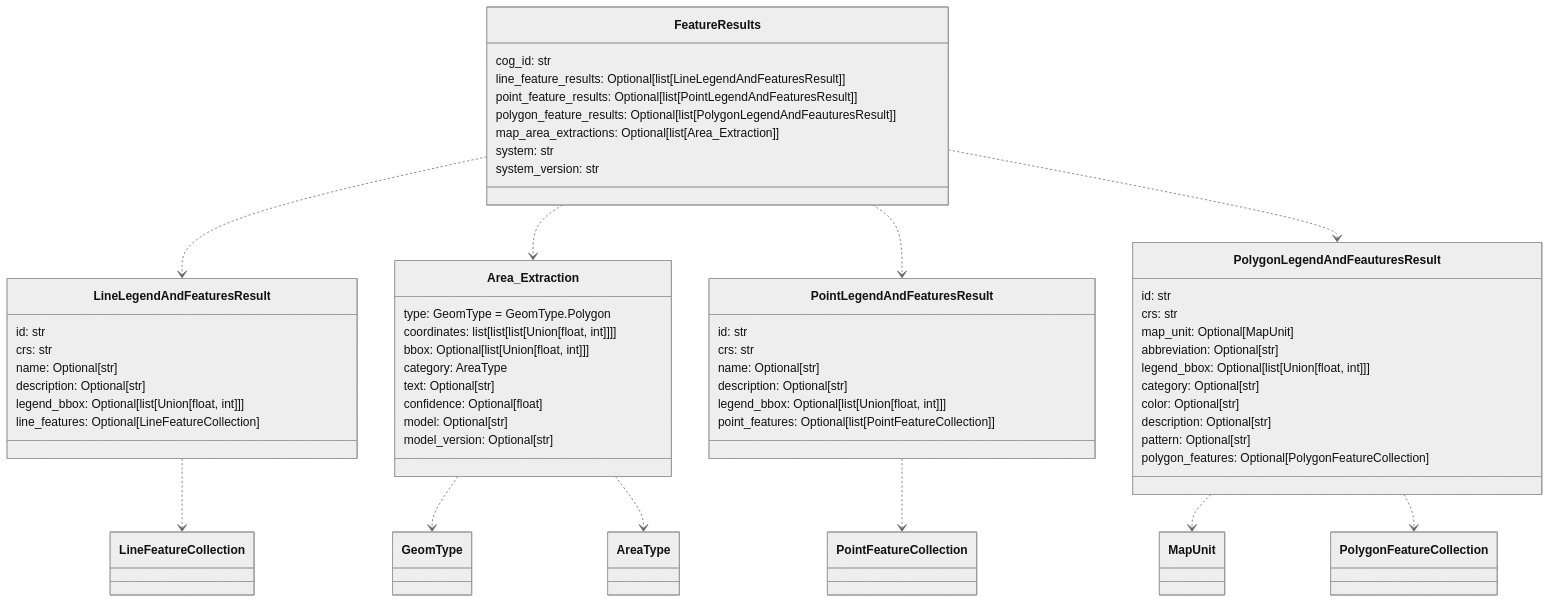
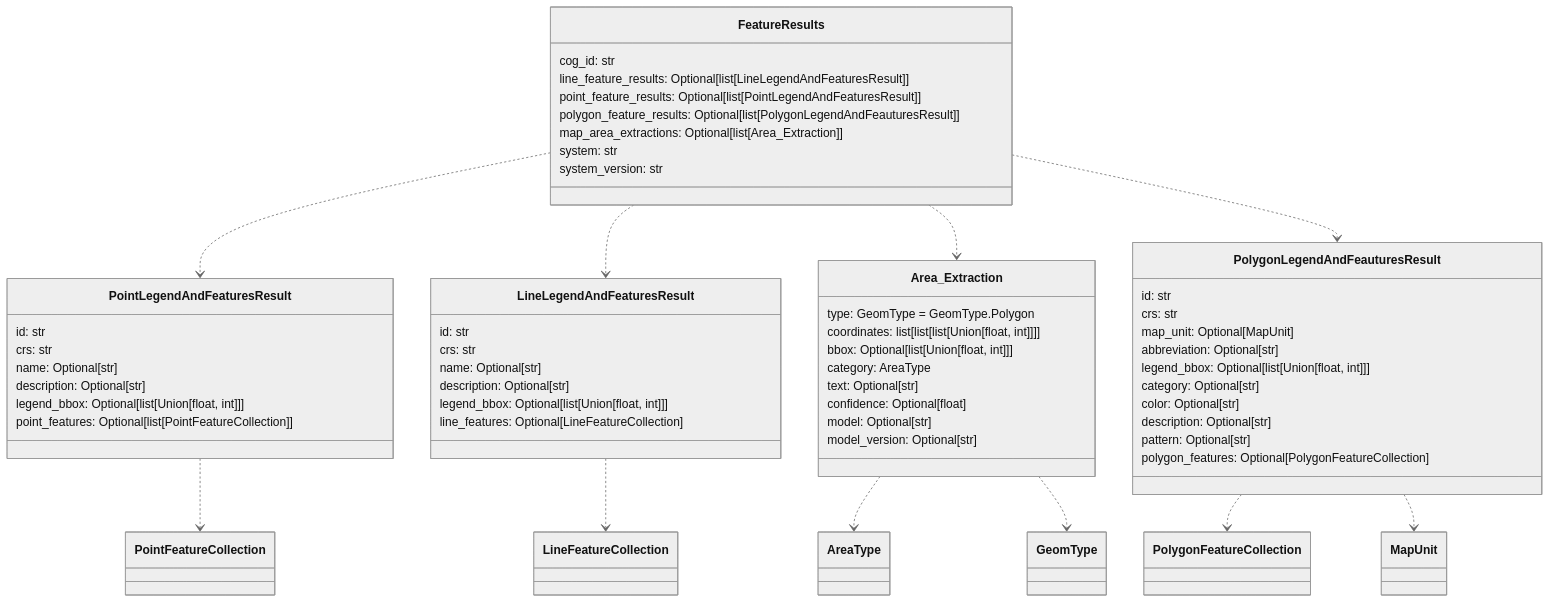
The third of 3 diagrams in README.md (DARPA-CRITICALMAAS/cdr_schemas), drawn with Mermaid (neutral theme) before and after one commit. The commit also changed other lines of this file, not shown here.

Commit message:
remove point

````diff
--- a/README.md
+++ b/README.md
@@ -188,68 +188,68 @@
 ```mermaid
 classDiagram
+
+    class PointLegendAndFeaturesResult {
+        id: str
+        crs: str
+        name: Optional[str]
+        description: Optional[str]
+        legend_bbox: Optional[list[Union[float, int]]]
+        point_features: Optional[list[PointFeatureCollection]]
+    }
 
     class Area_Extraction {
         type: GeomType = GeomType.Polygon
         coordinates: list[list[list[Union[float, int]]]]
         bbox: Optional[list[Union[float, int]]]
         category: AreaType
         text: Optional[str]
         confidence: Optional[float]
         model: Optional[str]
         model_version: Optional[str]
-    }
-
-    class PointLegendAndFeaturesResult {
-        id: str
-        crs: str
-        name: Optional[str]
-        description: Optional[str]
-        legend_bbox: Optional[list[Union[float, int]]]
-        point_features: Optional[list[PointFeatureCollection]]
-    }
-
-    class LineLegendAndFeaturesResult {
-        id: str
-        crs: str
-        name: Optional[str]
-        description: Optional[str]
-        legend_bbox: Optional[list[Union[float, int]]]
-        line_features: Optional[LineFeatureCollection]
-    }
-
-    class FeatureResults {
-        cog_id: str
-        line_feature_results: Optional[list[LineLegendAndFeaturesResult]]
-        point_feature_results: Optional[list[PointLegendAndFeaturesResult]]
-        polygon_feature_results: Optional[list[PolygonLegendAndFeauturesResult]]
-        map_area_extractions: Optional[list[Area_Extraction]]
-        system: str
-        system_version: str
     }
 
     class PolygonLegendAndFeauturesResult {
         id: str
         crs: str
         map_unit: Optional[MapUnit]
         abbreviation: Optional[str]
         legend_bbox: Optional[list[Union[float, int]]]
         category: Optional[str]
         color: Optional[str]
         description: Optional[str]
         pattern: Optional[str]
         polygon_features: Optional[PolygonFeatureCollection]
     }
 
+    class FeatureResults {
+        cog_id: str
+        line_feature_results: Optional[list[LineLegendAndFeaturesResult]]
+        point_feature_results: Optional[list[PointLegendAndFeaturesResult]]
+        polygon_feature_results: Optional[list[PolygonLegendAndFeauturesResult]]
+        map_area_extractions: Optional[list[Area_Extraction]]
+        system: str
+        system_version: str
+    }
+
+    class LineLegendAndFeaturesResult {
+        id: str
+        crs: str
+        name: Optional[str]
+        description: Optional[str]
+        legend_bbox: Optional[list[Union[float, int]]]
+        line_features: Optional[LineFeatureCollection]
+    }
+
+    Area_Extraction ..> AreaType
     Area_Extraction ..> GeomType
-    Area_Extraction ..> AreaType
     LineLegendAndFeaturesResult ..> LineFeatureCollection
     PointLegendAndFeaturesResult ..> PointFeatureCollection
+    PolygonLegendAndFeauturesResult ..> PolygonFeatureCollection
     PolygonLegendAndFeauturesResult ..> MapUnit
-    PolygonLegendAndFeauturesResult ..> PolygonFeatureCollection
+    FeatureResults ..> PointLegendAndFeaturesResult
     FeatureResults ..> LineLegendAndFeaturesResult
     FeatureResults ..> Area_Extraction
-    FeatureResults ..> PointLegendAndFeaturesResult
     FeatureResults ..> PolygonLegendAndFeauturesResult
 
 
 ```
````
